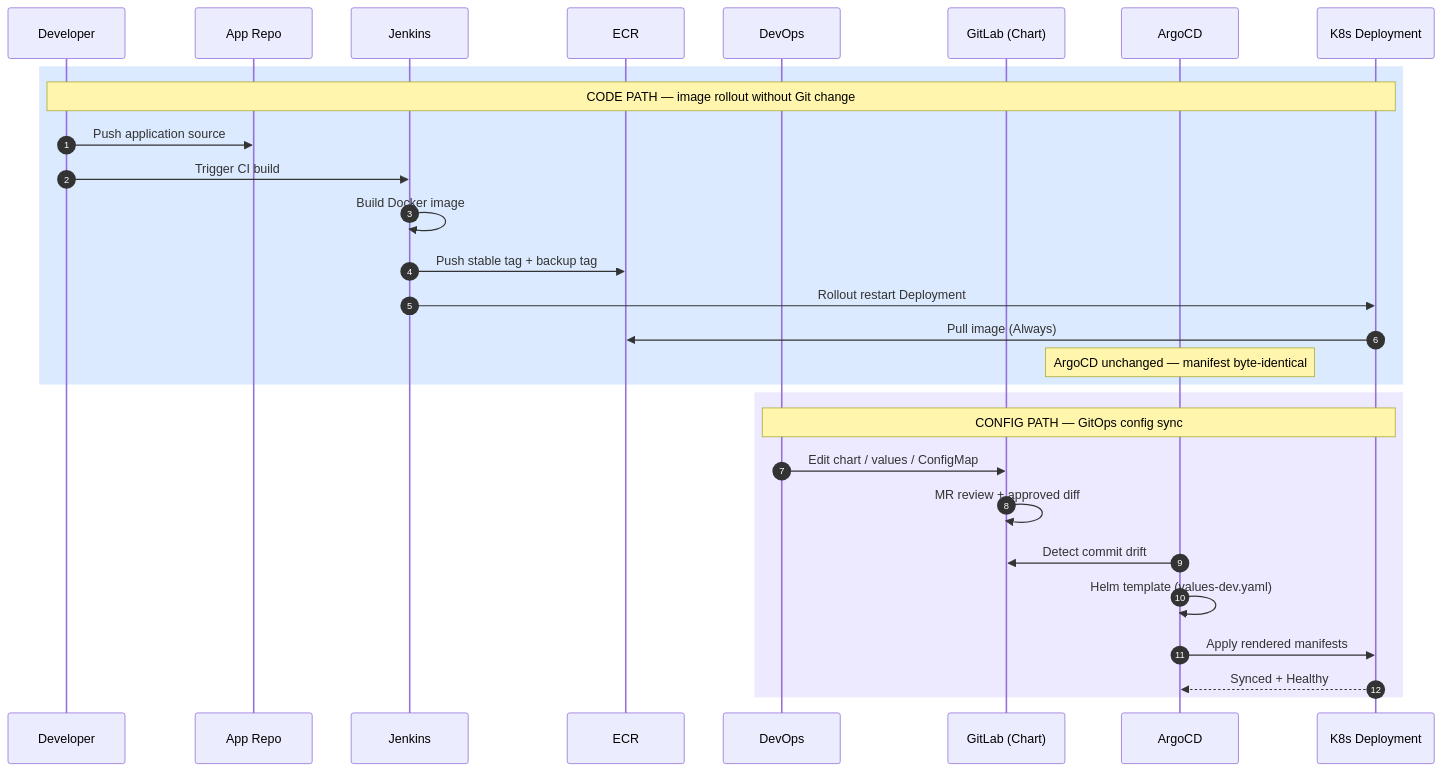
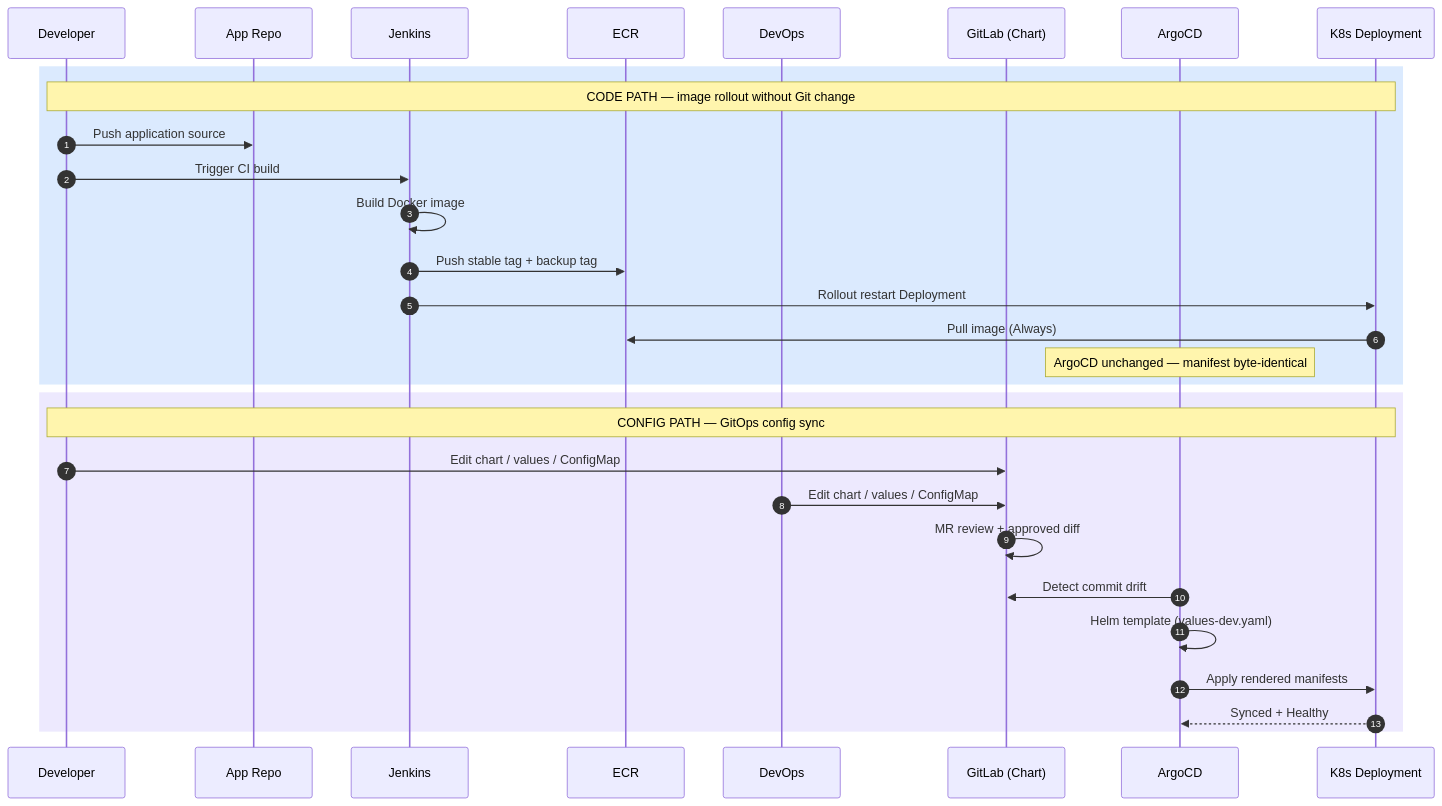
Before and after one commit to ashir321/work: the fourth of 8 diagrams in SA_Guild_Architecture.md, drawn with Mermaid. The commit also changed other lines of this file and 1 other file, not shown here.

First line of the commit message:
Show Developer and DevOps on Config Delivery path

````diff
--- a/SA_Guild_Architecture.md
+++ b/SA_Guild_Architecture.md
@@ -178,33 +179,34 @@
 ```mermaid
 sequenceDiagram
     autonumber
     participant Dev as Developer
     participant App as App Repo
     participant Jenkins as Jenkins
     participant ECR as ECR
     participant DevOps as DevOps
     participant GitLab as GitLab (Chart)
     participant Argo as ArgoCD
     participant K8s as K8s Deployment
 
   rect rgb(219, 234, 254)
     Note over Dev,K8s: CODE PATH — image rollout without Git change
     Dev->>App: Push application source
     Dev->>Jenkins: Trigger CI build
     Jenkins->>Jenkins: Build Docker image
     Jenkins->>ECR: Push stable tag + backup tag
     Jenkins->>K8s: Rollout restart Deployment
     K8s->>ECR: Pull image (Always)
     Note over Argo: ArgoCD unchanged — manifest byte-identical
   end
 
   rect rgb(237, 233, 254)
-    Note over DevOps,K8s: CONFIG PATH — GitOps config sync
+    Note over Dev,K8s: CONFIG PATH — GitOps config sync
+    Dev->>GitLab: Edit chart / values / ConfigMap
     DevOps->>GitLab: Edit chart / values / ConfigMap
     GitLab->>GitLab: MR review + approved diff
     Argo->>GitLab: Detect commit drift
     Argo->>Argo: Helm template (values-dev.yaml)
     Argo->>K8s: Apply rendered manifests
     K8s-->>Argo: Synced + Healthy
   end
 ```
````
